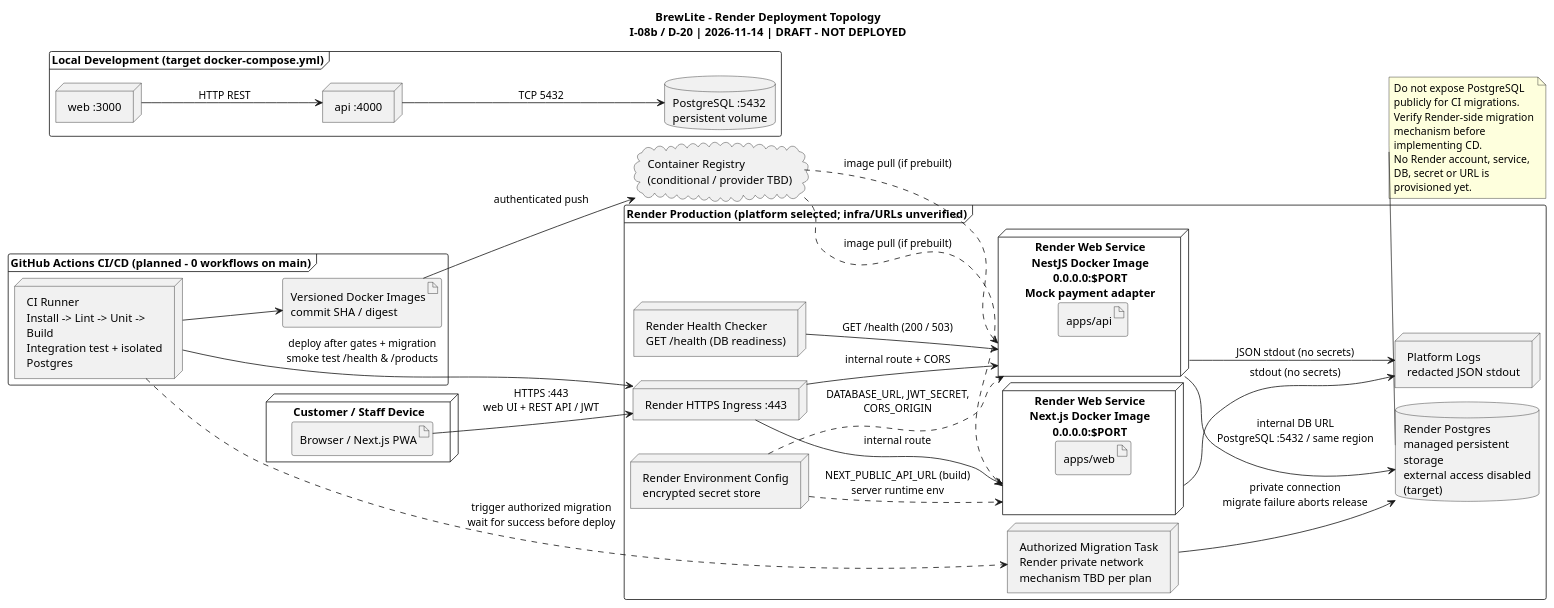
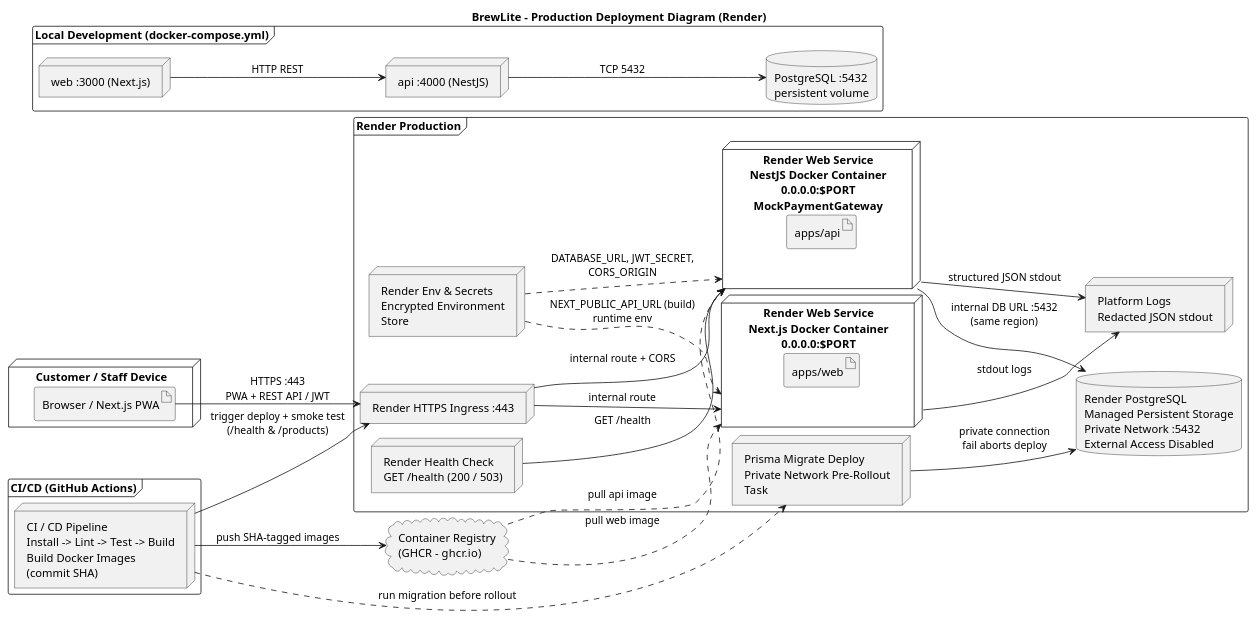
One commit to nhattranhuynhthien/BrewLite_Assignment_2 changed the diagram in docs/diagrams/deployment-render.puml. Above: the diagram before and after it, drawn with PlantUML. The commit also changed 6 other files, not shown here.

```diff
--- a/docs/diagrams/deployment-render.puml
+++ b/docs/diagrams/deployment-render.puml
@@ -1,66 +1,59 @@
 @startuml deployment-render
 !pragma layout smetana
-title BrewLite - Render Deployment Topology\nI-08b / D-20 | 2026-11-14 | DRAFT - NOT DEPLOYED
+title BrewLite - Production Deployment Diagram (Render)
 left to right direction
 skinparam shadowing false
-skinparam wrapWidth 185
+skinparam wrapWidth 190
 skinparam defaultFontName Arial
 
 node "Customer / Staff Device" as device {
   artifact "Browser / Next.js PWA" as browser
 }
 
-frame "Local Development (target docker-compose.yml)" {
-  node "web :3000" as localweb
-  node "api :4000" as localapi
+frame "Local Development (docker-compose.yml)" {
+  node "web :3000 (Next.js)" as localweb
+  node "api :4000 (NestJS)" as localapi
   database "PostgreSQL :5432\npersistent volume" as localdb
   localweb --> localapi : HTTP REST
   localapi --> localdb : TCP 5432
 }
 
-frame "GitHub Actions CI/CD (planned - 0 workflows on main)" {
-  node "CI Runner\nInstall -> Lint -> Unit -> Build\nIntegration test + isolated Postgres" as ci
-  artifact "Versioned Docker Images\ncommit SHA / digest" as images
-  ci --> images
+frame "CI/CD (GitHub Actions)" {
+  node "CI / CD Pipeline\nInstall -> Lint -> Test -> Build\nBuild Docker Images (commit SHA)" as ci
 }
 
-cloud "Container Registry\n(conditional / provider TBD)" as registry
-images --> registry : authenticated push
+cloud "Container Registry\n(GHCR - ghcr.io)" as registry
+ci --> registry : push SHA-tagged images
 
-frame "Render Production (platform selected; infra/URLs unverified)" {
+frame "Render Production" {
   node "Render HTTPS Ingress :443" as ingress
-  node "Render Web Service\nNext.js Docker Image\n0.0.0.0:$PORT" as web {
+  node "Render Web Service\nNext.js Docker Container\n0.0.0.0:$PORT" as web {
     artifact "apps/web" as webcode
   }
-  node "Render Web Service\nNestJS Docker Image\n0.0.0.0:$PORT\nMock payment adapter" as api {
+  node "Render Web Service\nNestJS Docker Container\n0.0.0.0:$PORT\nMockPaymentGateway" as api {
     artifact "apps/api" as apicode
   }
-  database "Render Postgres\nmanaged persistent storage\nexternal access disabled (target)" as db
-  node "Render Environment Config\nencrypted secret store" as secrets
-  node "Render Health Checker\nGET /health (DB readiness)" as health
-  node "Platform Logs\nredacted JSON stdout" as logs
-  node "Authorized Migration Task\nRender private network\nmechanism TBD per plan" as migration
+  database "Render PostgreSQL\nManaged Persistent Storage\nPrivate Network :5432\nExternal Access Disabled" as db
+  node "Render Env & Secrets\nEncrypted Environment Store" as secrets
+  node "Render Health Check\nGET /health (200 / 503)" as health
+  node "Platform Logs\nRedacted JSON stdout" as logs
+  node "Prisma Migrate Deploy\nPrivate Network Pre-Rollout Task" as migration
 
   ingress --> web : internal route
   ingress --> api : internal route + CORS
-  api --> db : internal DB URL\nPostgreSQL :5432 / same region
-  secrets ..> web : NEXT_PUBLIC_API_URL (build)\nserver runtime env
+  api --> db : internal DB URL :5432\n(same region)
+  secrets ..> web : NEXT_PUBLIC_API_URL (build)\nruntime env
   secrets ..> api : DATABASE_URL, JWT_SECRET,\nCORS_ORIGIN
-  health --> api : GET /health (200 / 503)
-  api --> logs : JSON stdout (no secrets)
-  web --> logs : stdout (no secrets)
-  migration --> db : private connection\nmigrate failure aborts release
+  health --> api : GET /health
+  api --> logs : structured JSON stdout
+  web --> logs : stdout logs
+  migration --> db : private connection\nfail aborts deploy
 }
 
-browser --> ingress : HTTPS :443\nweb UI + REST API / JWT
-registry ..> web : image pull (if prebuilt)
-registry ..> api : image pull (if prebuilt)
-ci ..> migration : trigger authorized migration\nwait for success before deploy
-ci --> ingress : deploy after gates + migration\nsmoke test /health & /products
+browser --> ingress : HTTPS :443\nPWA + REST API / JWT
+registry ..> web : pull web image
+registry ..> api : pull api image
+ci ..> migration : run migration before rollout
+ci --> ingress : trigger deploy + smoke test\n(/health & /products)
 
-note bottom of db
-  Do not expose PostgreSQL publicly for CI migrations.
-  Verify Render-side migration mechanism before implementing CD.
-  No Render account, service, DB, secret or URL is provisioned yet.
-end note
 @enduml
```
